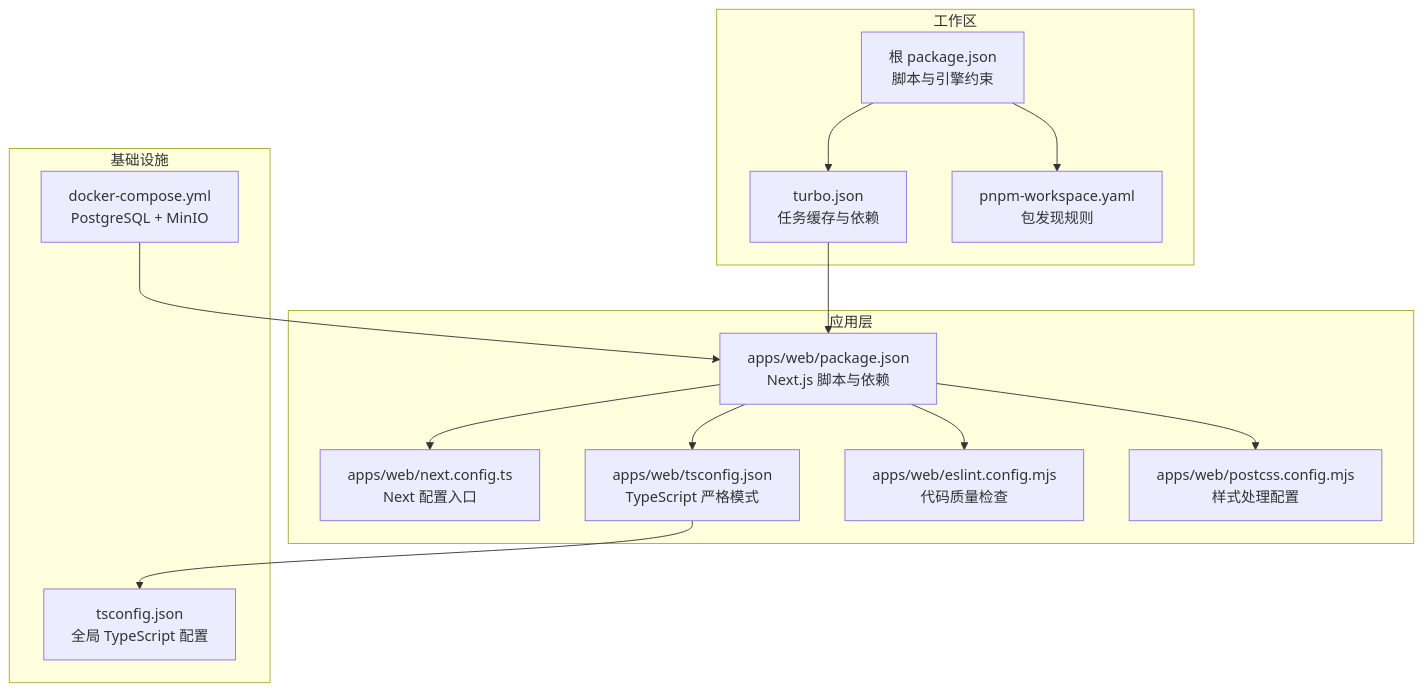
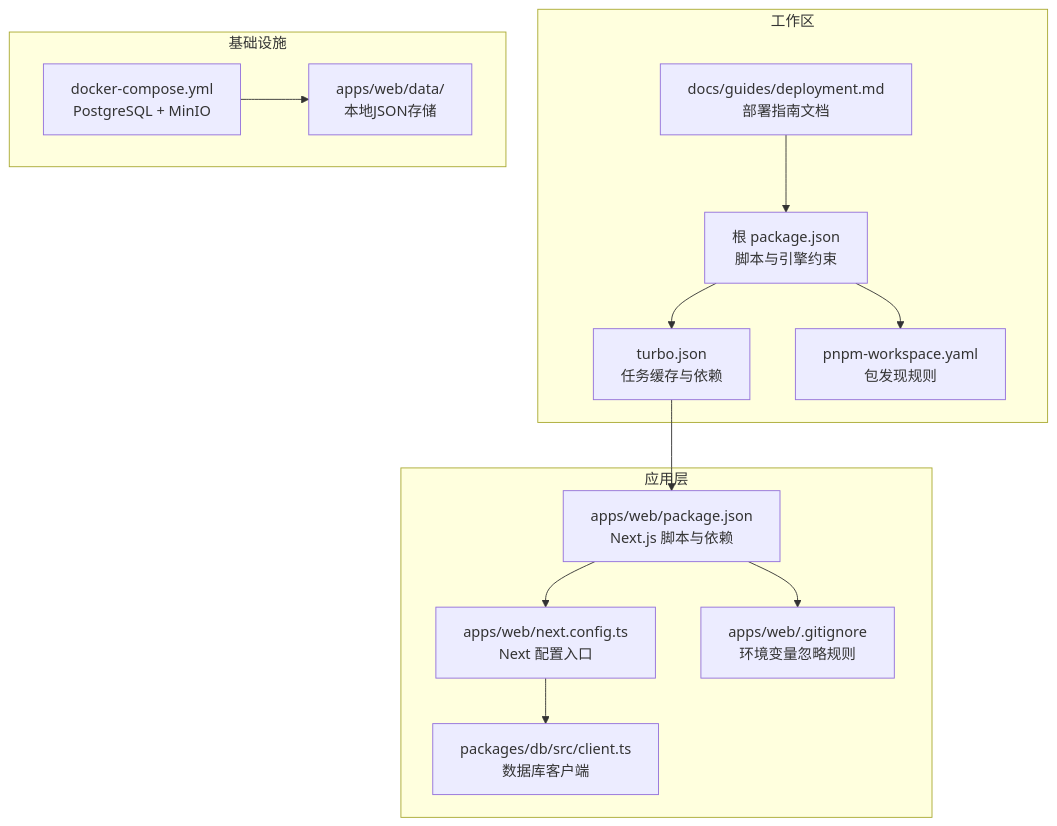
Before and after one commit to ai-guru-global/agent-up: the first of 6 diagrams in .qoder/repowiki/zh/content/部署指南.md, drawn with Mermaid. The commit also changed other lines of this file and 13 other files, not shown here.

````diff
--- a/.qoder/repowiki/zh/content/部署指南.md
+++ b/.qoder/repowiki/zh/content/部署指南.md
@@ -50,28 +51,27 @@
 ```mermaid
 graph TB
 subgraph "工作区"
 A["根 package.json<br/>脚本与引擎约束"]
 B["turbo.json<br/>任务缓存与依赖"]
 C["pnpm-workspace.yaml<br/>包发现规则"]
+D["docs/guides/deployment.md<br/>部署指南文档"]
 end
 subgraph "应用层"
-D["apps/web/package.json<br/>Next.js 脚本与依赖"]
-E["apps/web/next.config.ts<br/>Next 配置入口"]
-F["apps/web/tsconfig.json<br/>TypeScript 严格模式"]
-G["apps/web/eslint.config.mjs<br/>代码质量检查"]
-H["apps/web/postcss.config.mjs<br/>样式处理配置"]
+E["apps/web/package.json<br/>Next.js 脚本与依赖"]
+F["apps/web/next.config.ts<br/>Next 配置入口"]
+G["apps/web/.gitignore<br/>环境变量忽略规则"]
+H["packages/db/src/client.ts<br/>数据库客户端"]
 end
 subgraph "基础设施"
 I["docker-compose.yml<br/>PostgreSQL + MinIO"]
-J["tsconfig.json<br/>全局 TypeScript 配置"]
+J["apps/web/data/<br/>本地JSON存储"]
 end
 A --> B
 A --> C
-B --> D
-D --> E
-D --> F
-D --> G
-D --> H
-F --> J
-I --> D
+B --> E
+E --> F
+E --> G
+F --> H
+I --> J
+D --> A
 ```
````
